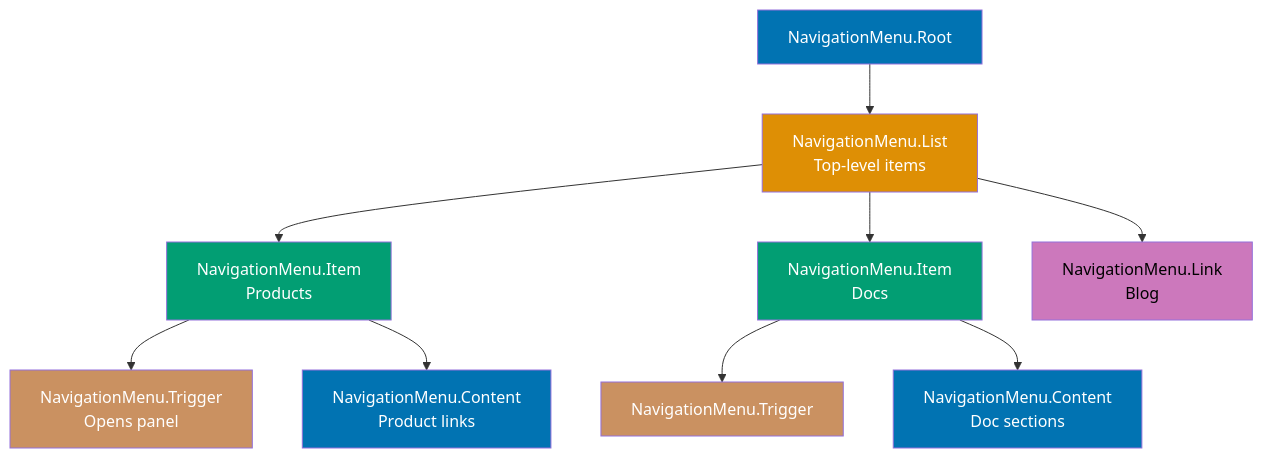
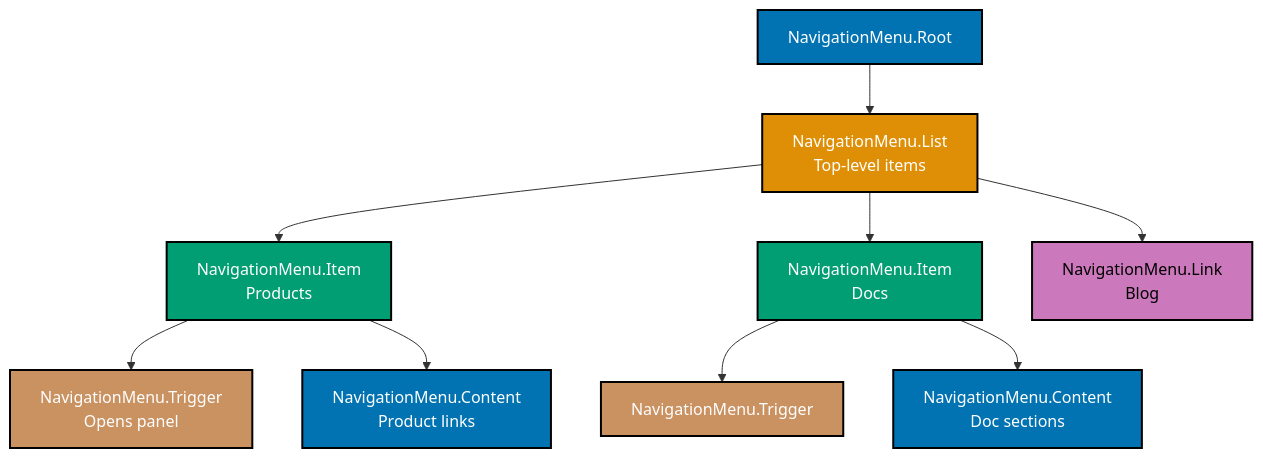
One commit to wahidyankf/open-sharia-enterprise changed the second of 3 diagrams in apps/ayokoding-web/content/en/learn/software-engineering/platform-web/tools/fe-radix-ui/by-example/intermediate.md. Above: the diagram before and after it, drawn with Mermaid. The commit also changed other lines of this file and 13 other files, not shown here.

````diff
--- a/apps/ayokoding-web/content/en/learn/software-engineering/platform-web/tools/fe-radix-ui/by-example/intermediate.md
+++ b/apps/ayokoding-web/content/en/learn/software-engineering/platform-web/tools/fe-radix-ui/by-example/intermediate.md
@@ -1251,22 +1251,22 @@
 ```mermaid
 %% Color Palette: Blue #0173B2, Orange #DE8F05, Teal #029E73, Purple #CC78BC, Brown #CA9161
 graph TD
     Root["NavigationMenu.Root"] --> List["NavigationMenu.List<br/>Top-level items"]
     List --> Item1["NavigationMenu.Item<br/>Products"]
     List --> Item2["NavigationMenu.Item<br/>Docs"]
     List --> Item3["NavigationMenu.Link<br/>Blog"]
     Item1 --> Trigger1["NavigationMenu.Trigger<br/>Opens panel"]
     Item1 --> Content1["NavigationMenu.Content<br/>Product links"]
     Item2 --> Trigger2["NavigationMenu.Trigger"]
     Item2 --> Content2["NavigationMenu.Content<br/>Doc sections"]
 
-    style Root fill:#0173B2,color:#fff
-    style List fill:#DE8F05,color:#fff
-    style Item1 fill:#029E73,color:#fff
-    style Item2 fill:#029E73,color:#fff
-    style Item3 fill:#CC78BC,color:#000
-    style Trigger1 fill:#CA9161,color:#fff
-    style Content1 fill:#0173B2,color:#fff
-    style Trigger2 fill:#CA9161,color:#fff
-    style Content2 fill:#0173B2,color:#fff
+    style Root fill:#0173B2,stroke:#000000,stroke-width:2px,color:#fff
+    style List fill:#DE8F05,stroke:#000000,stroke-width:2px,color:#fff
+    style Item1 fill:#029E73,stroke:#000000,stroke-width:2px,color:#fff
+    style Item2 fill:#029E73,stroke:#000000,stroke-width:2px,color:#fff
+    style Item3 fill:#CC78BC,stroke:#000000,stroke-width:2px,color:#000
+    style Trigger1 fill:#CA9161,stroke:#000000,stroke-width:2px,color:#fff
+    style Content1 fill:#0173B2,stroke:#000000,stroke-width:2px,color:#fff
+    style Trigger2 fill:#CA9161,stroke:#000000,stroke-width:2px,color:#fff
+    style Content2 fill:#0173B2,stroke:#000000,stroke-width:2px,color:#fff
 ```
````
